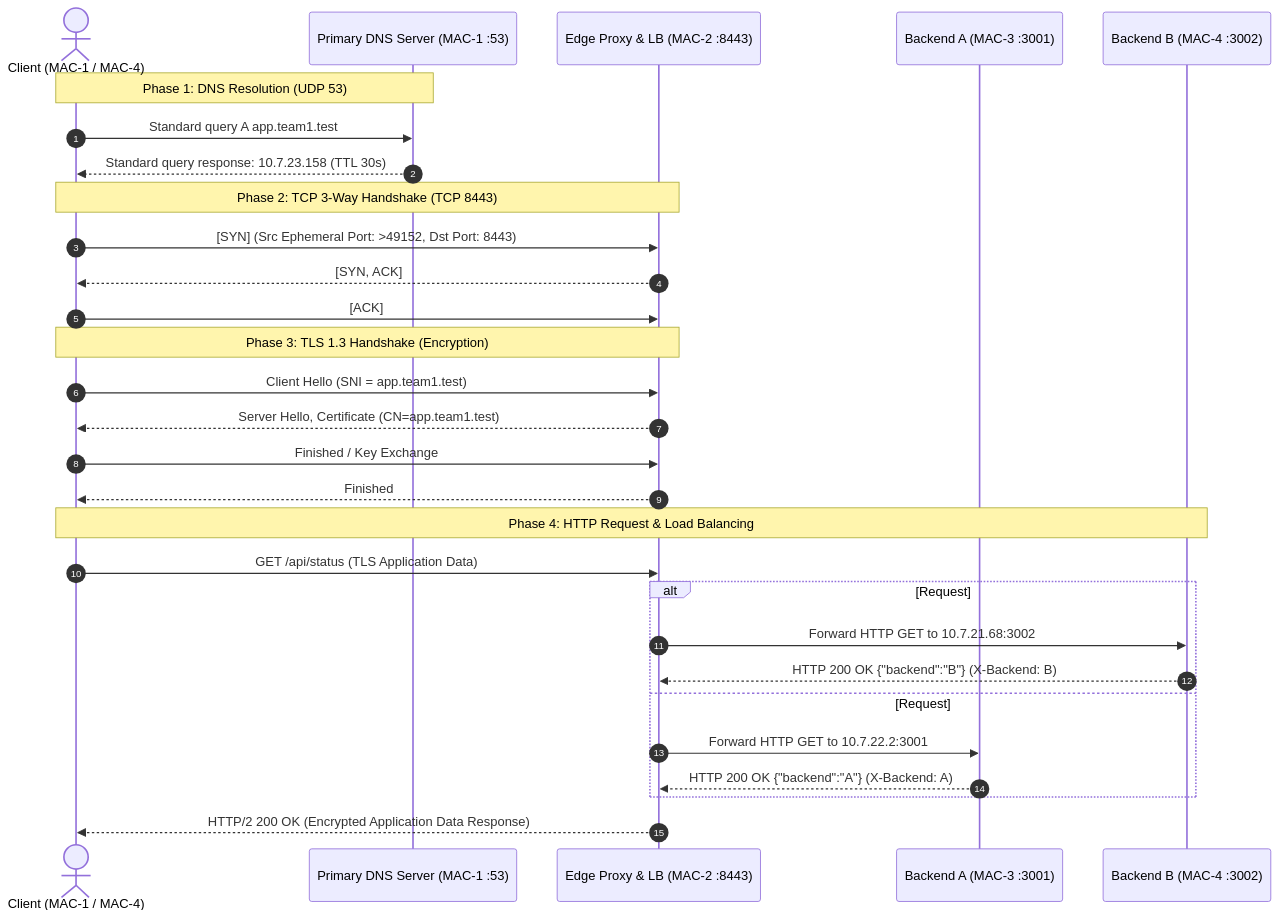
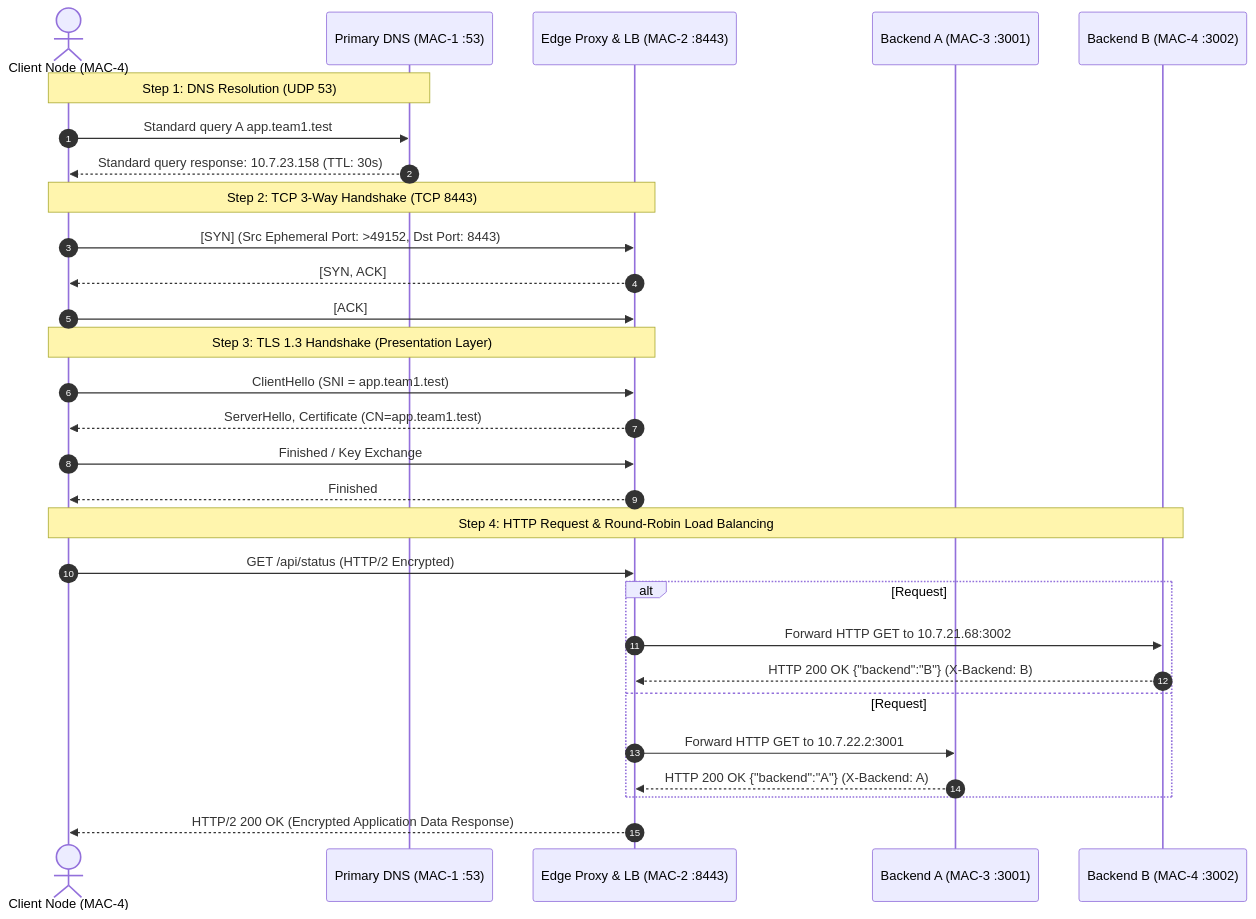
The second of 3 diagrams in ARCHITECTURE.md (Ankit35027/Computer-Networks), drawn with Mermaid before and after one commit. The commit also changed other lines of this file and 30 other files, not shown here.

Commit message:
WIP: Mac 2 local Phase 2 edits (backup before Stage 1)

````diff
--- a/ARCHITECTURE.md
+++ b/ARCHITECTURE.md
@@ -51,35 +85,35 @@
 ```mermaid
 sequenceDiagram
     autonumber
-    actor Client as Client (MAC-1 / MAC-4)
-    participant DNS as Primary DNS Server (MAC-1 :53)
+    actor Client as Client Node (MAC-4)
+    participant DNS as Primary DNS (MAC-1 :53)
     participant Edge as Edge Proxy & LB (MAC-2 :8443)
     participant B_A as Backend A (MAC-3 :3001)
     participant B_B as Backend B (MAC-4 :3002)
 
-    Note over Client,DNS: Phase 1: DNS Resolution (UDP 53)
+    Note over Client,DNS: Step 1: DNS Resolution (UDP 53)
     Client->>DNS: Standard query A app.team1.test
-    DNS-->>Client: Standard query response: 10.7.23.158 (TTL 30s)
+    DNS-->>Client: Standard query response: 10.7.23.158 (TTL: 30s)
 
-    Note over Client,Edge: Phase 2: TCP 3-Way Handshake (TCP 8443)
+    Note over Client,Edge: Step 2: TCP 3-Way Handshake (TCP 8443)
     Client->>Edge: [SYN] (Src Ephemeral Port: >49152, Dst Port: 8443)
     Edge-->>Client: [SYN, ACK]
     Client->>Edge: [ACK]
 
-    Note over Client,Edge: Phase 3: TLS 1.3 Handshake (Encryption)
-    Client->>Edge: Client Hello (SNI = app.team1.test)
-    Edge-->>Client: Server Hello, Certificate (CN=app.team1.test)
+    Note over Client,Edge: Step 3: TLS 1.3 Handshake (Presentation Layer)
+    Client->>Edge: ClientHello (SNI = app.team1.test)
+    Edge-->>Client: ServerHello, Certificate (CN=app.team1.test)
     Client->>Edge: Finished / Key Exchange
     Edge-->>Client: Finished
 
-    Note over Client,B_B: Phase 4: HTTP Request & Load Balancing
-    Client->>Edge: GET /api/status (TLS Application Data)
-    alt Request #1, #3, #5 (Round-Robin)
+    Note over Client,B_B: Step 4: HTTP Request & Round-Robin Load Balancing
+    Client->>Edge: GET /api/status (HTTP/2 Encrypted)
+    alt Request #1, #3 (Round-Robin)
         Edge->>B_B: Forward HTTP GET to 10.7.21.68:3002
         B_B-->>Edge: HTTP 200 OK {"backend":"B"} (X-Backend: B)
-    else Request #2, #4, #6 (Round-Robin)
+    else Request #2, #4 (Round-Robin)
         Edge->>B_A: Forward HTTP GET to 10.7.22.2:3001
         B_A-->>Edge: HTTP 200 OK {"backend":"A"} (X-Backend: A)
     end
     Edge-->>Client: HTTP/2 200 OK (Encrypted Application Data Response)
 ```
````
